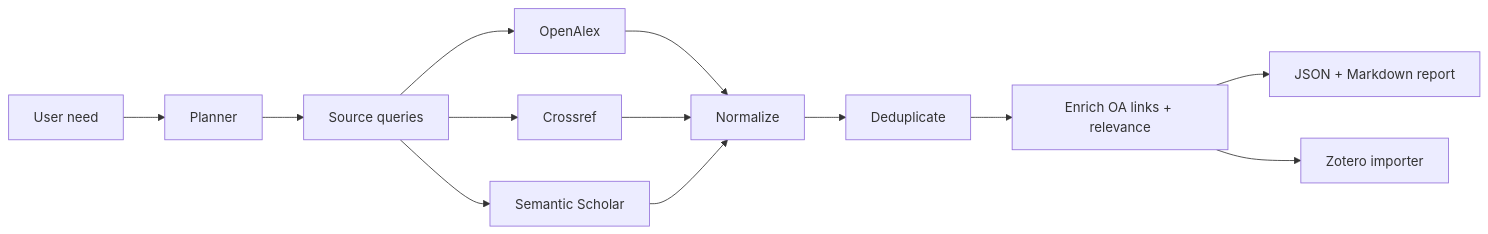
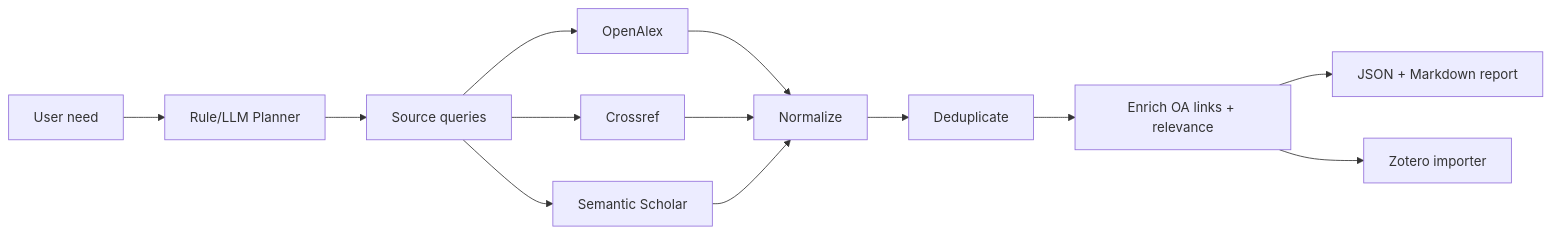
One commit to G-luckily/literature-search-assistant changed the diagram in ARCHITECTURE.md. Above: the diagram before and after it, drawn with Mermaid. The commit also changed other lines of this file and 16 other files, not shown here.

````diff
--- a/ARCHITECTURE.md
+++ b/ARCHITECTURE.md
@@ -18,15 +18,15 @@
 ```mermaid
 flowchart LR
-    A["User need"] --> B["Planner"]
+    A["User need"] --> B["Rule/LLM Planner"]
     B --> C["Source queries"]
     C --> D["OpenAlex"]
     C --> E["Crossref"]
     C --> F["Semantic Scholar"]
     D --> G["Normalize"]
     E --> G
     F --> G
     G --> H["Deduplicate"]
     H --> K["Enrich OA links + relevance"]
     K --> I["JSON + Markdown report"]
     K --> J["Zotero importer"]
 ```
````
